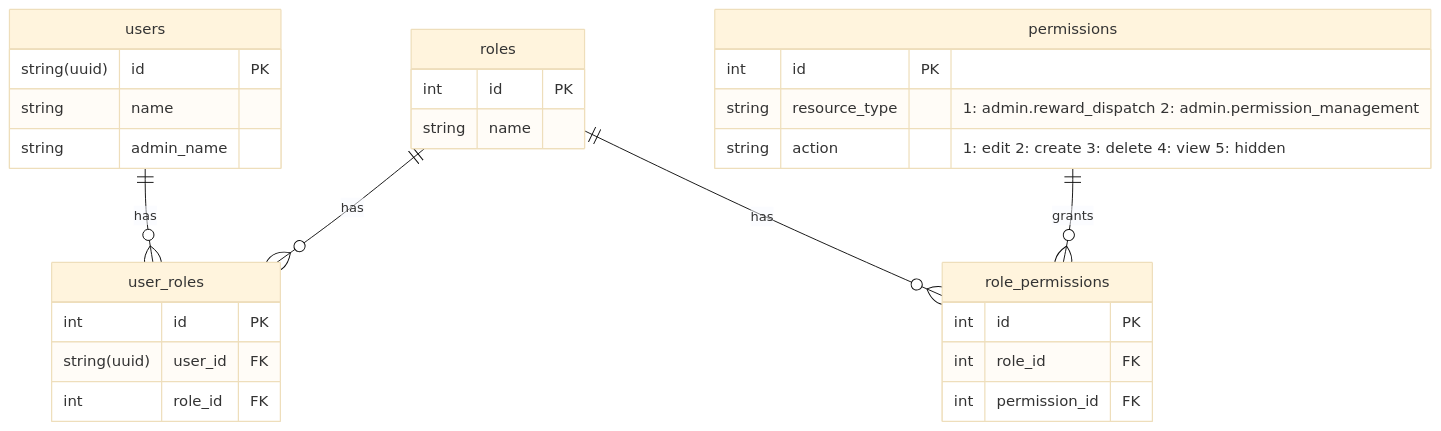
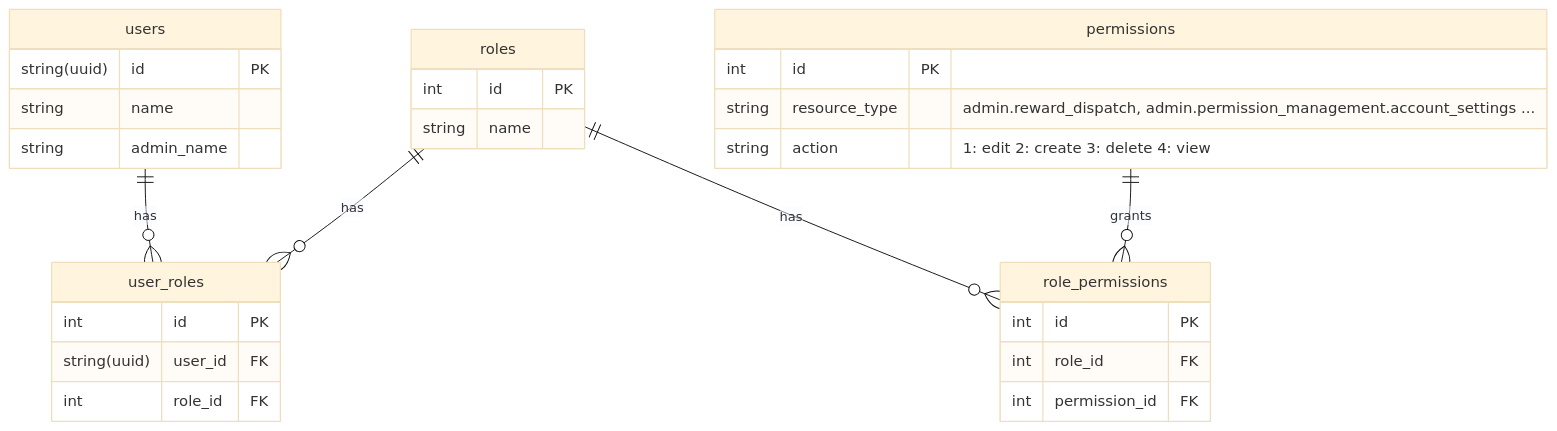
One commit to harry-tsai/notebook changed the second of 2 diagrams in api/design/permission_management/README.md. Above: the diagram before and after it, drawn with Mermaid (base theme). The commit also changed other lines of this file, not shown here.

Commit message:
更新 API 文檔，調整角色權限結構，修正 `resource_type` 和 `actions` 字段的示例，並添加額外的說明

````diff
--- a/api/design/permission_management/README.md
+++ b/api/design/permission_management/README.md
@@ -198,36 +207,36 @@
 ```mermaid
 erDiagram
     users 1--many(0) user_roles : has
     roles 1--many(0) user_roles : has
     roles 1--many(0) role_permissions : has
     permissions 1--many(0) role_permissions : grants
 
     users {
         string(uuid) id PK
         string name
         string admin_name
     }
 
     roles {
         int id PK
         string name
     }
 
     permissions {
         int id PK
-        string resource_type "1: admin.reward_dispatch 2: admin.permission_management"
-        string action "1: edit 2: create 3: delete 4: view 5: hidden"
+        string resource_type "admin.reward_dispatch, admin.permission_management.account_settings ..."
+        string action "1: edit 2: create 3: delete 4: view"
     }
 
     user_roles {
         int id PK
         string(uuid) user_id FK
         int role_id FK
     }
 
     role_permissions {
         int id PK
         int role_id FK
         int permission_id FK
     }
 ```
````
